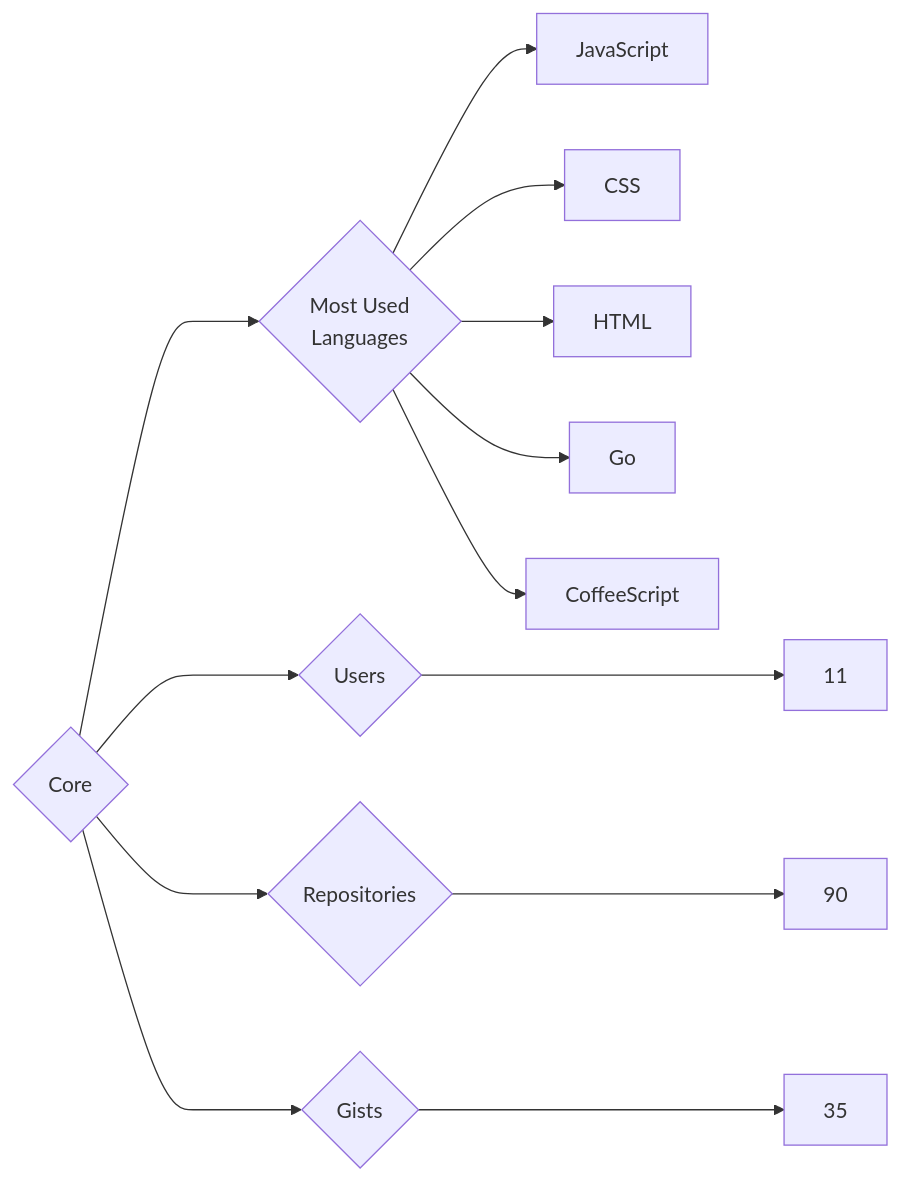
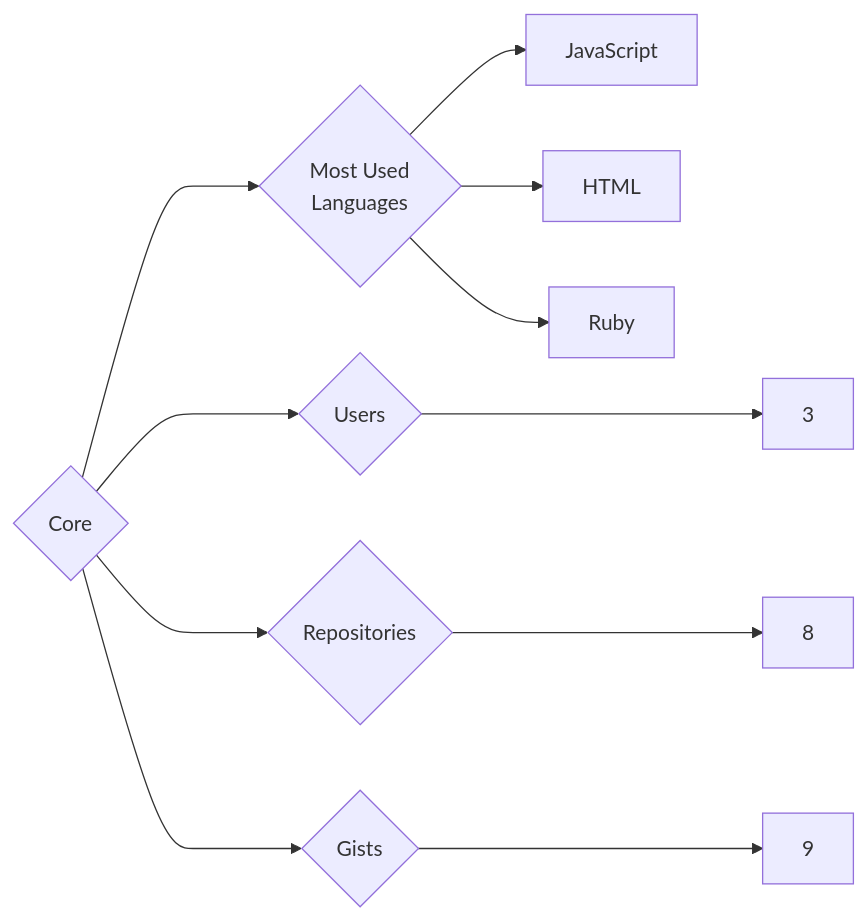
Before and after one commit to trickest/insiders: the diagram in targets/Core/README.md, drawn with Mermaid. The commit also changed 1036 other files, not shown here.

````diff
--- a/targets/Core/README.md
+++ b/targets/Core/README.md
@@ -3,13 +3,11 @@
 ```mermaid
 graph LR
 COMPANY_NAME{Core}
-COMPANY_NAME ---> U{Users} ---> UN[11]
-COMPANY_NAME ---> R{Repositories} ---> RN[90]
-COMPANY_NAME ---> G{Gists} ---> GN[35]
+COMPANY_NAME ---> U{Users} ---> UN[3]
+COMPANY_NAME ---> R{Repositories} ---> RN[8]
+COMPANY_NAME ---> G{Gists} ---> GN[9]
 COMPANY_NAME ---> ML{Most Used<br>Languages}
 ML --> JavaScript[JavaScript]
-ML --> CSS[CSS]
 ML --> HTML[HTML]
-ML --> Go[Go]
-ML --> CoffeeScript[CoffeeScript]
+ML --> Ruby[Ruby]
 ```
````
